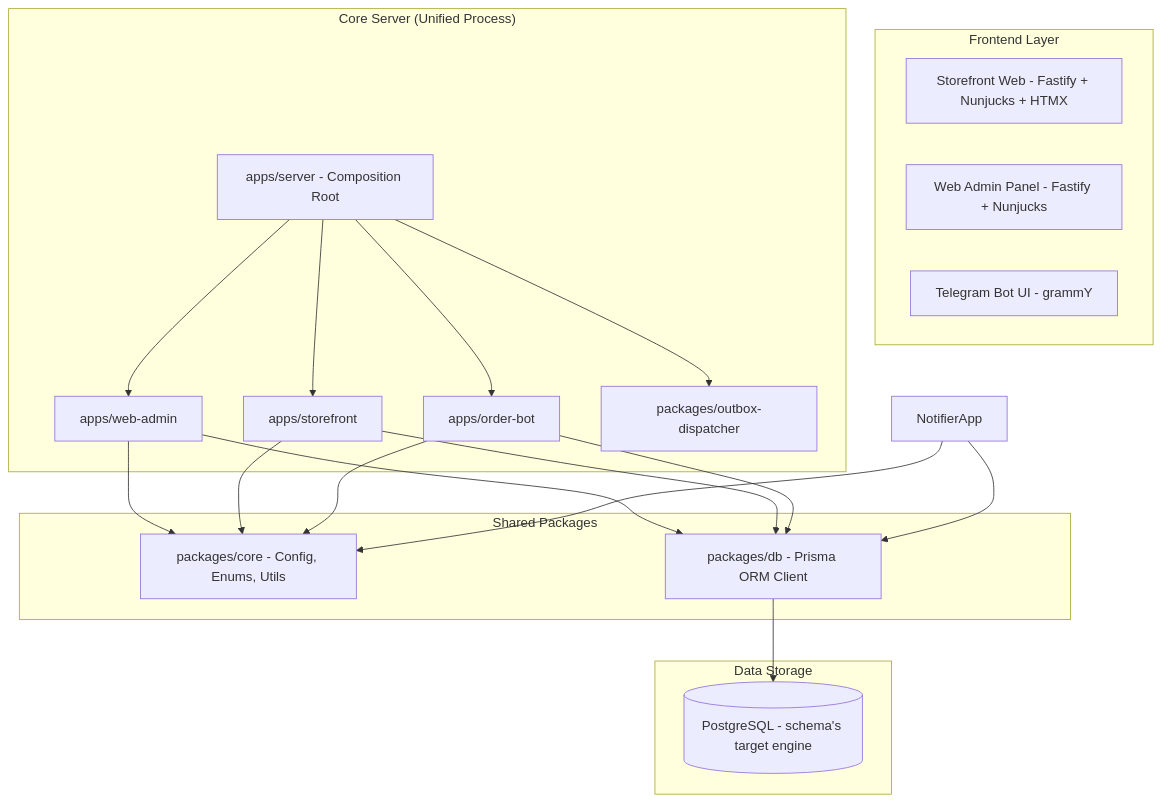
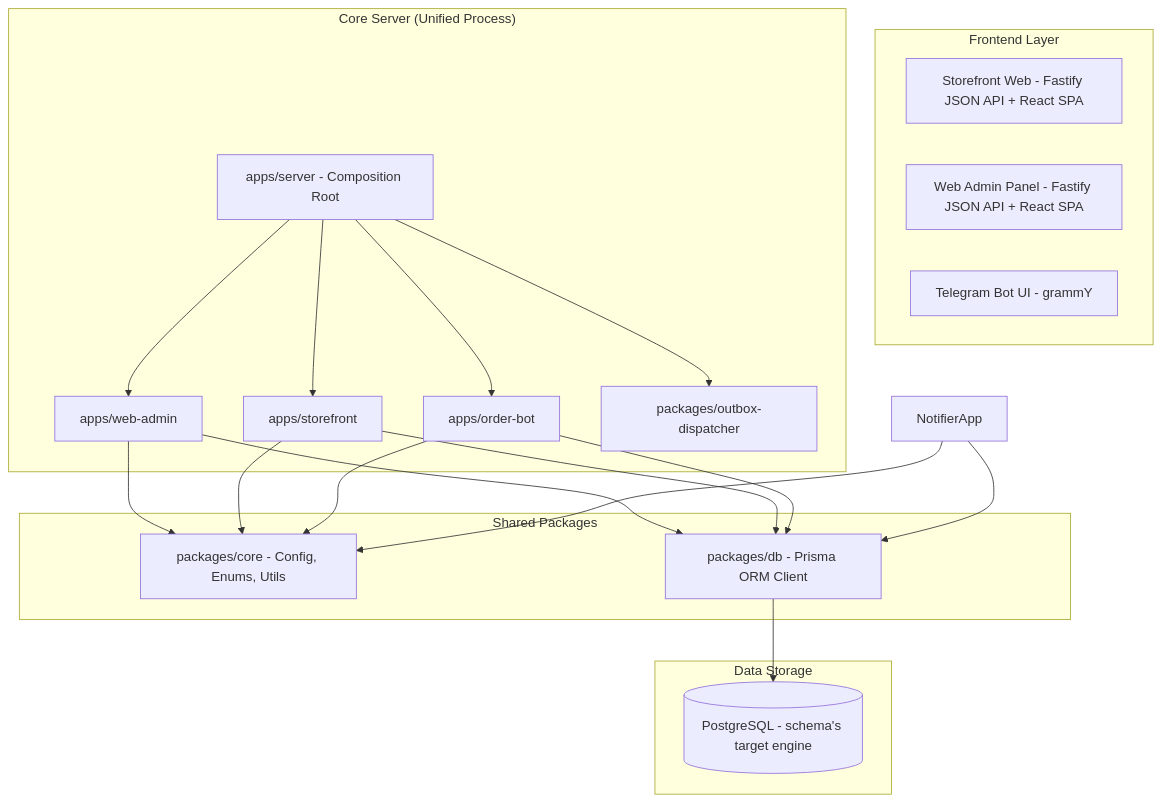
One commit to ilhamalifsaputra/web-and-bot-order changed the first of 3 diagrams in docs/PROJECT_ARCHITECTURE.md. Above: the diagram before and after it, drawn with Mermaid. The commit also changed other lines of this file and 5 other files, not shown here.

Commit message:
docs: correct architecture docs to reflect the completed React SPA migration

````diff
--- a/docs/PROJECT_ARCHITECTURE.md
+++ b/docs/PROJECT_ARCHITECTURE.md
@@ -11,29 +11,29 @@
 ```mermaid
 graph TD
     subgraph "Frontend Layer"
-        ShopFront[Storefront Web - Fastify + Nunjucks + HTMX]
-        AdminFront[Web Admin Panel - Fastify + Nunjucks]
+        ShopFront[Storefront Web - Fastify JSON API + React SPA]
+        AdminFront[Web Admin Panel - Fastify JSON API + React SPA]
         BotUI[Telegram Bot UI - grammY]
     end
     
     subgraph "Core Server (Unified Process)"
         ServerRoot[apps/server - Composition Root]
         ServerRoot --> AdminApp[apps/web-admin]
         ServerRoot --> ShopApp[apps/storefront]
         ServerRoot --> BotApp[apps/order-bot]
         ServerRoot --> DispatcherPkg[packages/outbox-dispatcher]
     end
 
     subgraph "Shared Packages"
         CorePkg[packages/core - Config, Enums, Utils]
         DbPkg[packages/db - Prisma ORM Client]
     end
 
     subgraph "Data Storage"
         DB[(PostgreSQL - schema's target engine)]
     end
 
     AdminApp & ShopApp & BotApp & NotifierApp --> CorePkg
     AdminApp & ShopApp & BotApp & NotifierApp --> DbPkg
     DbPkg --> DB
 ```
````
